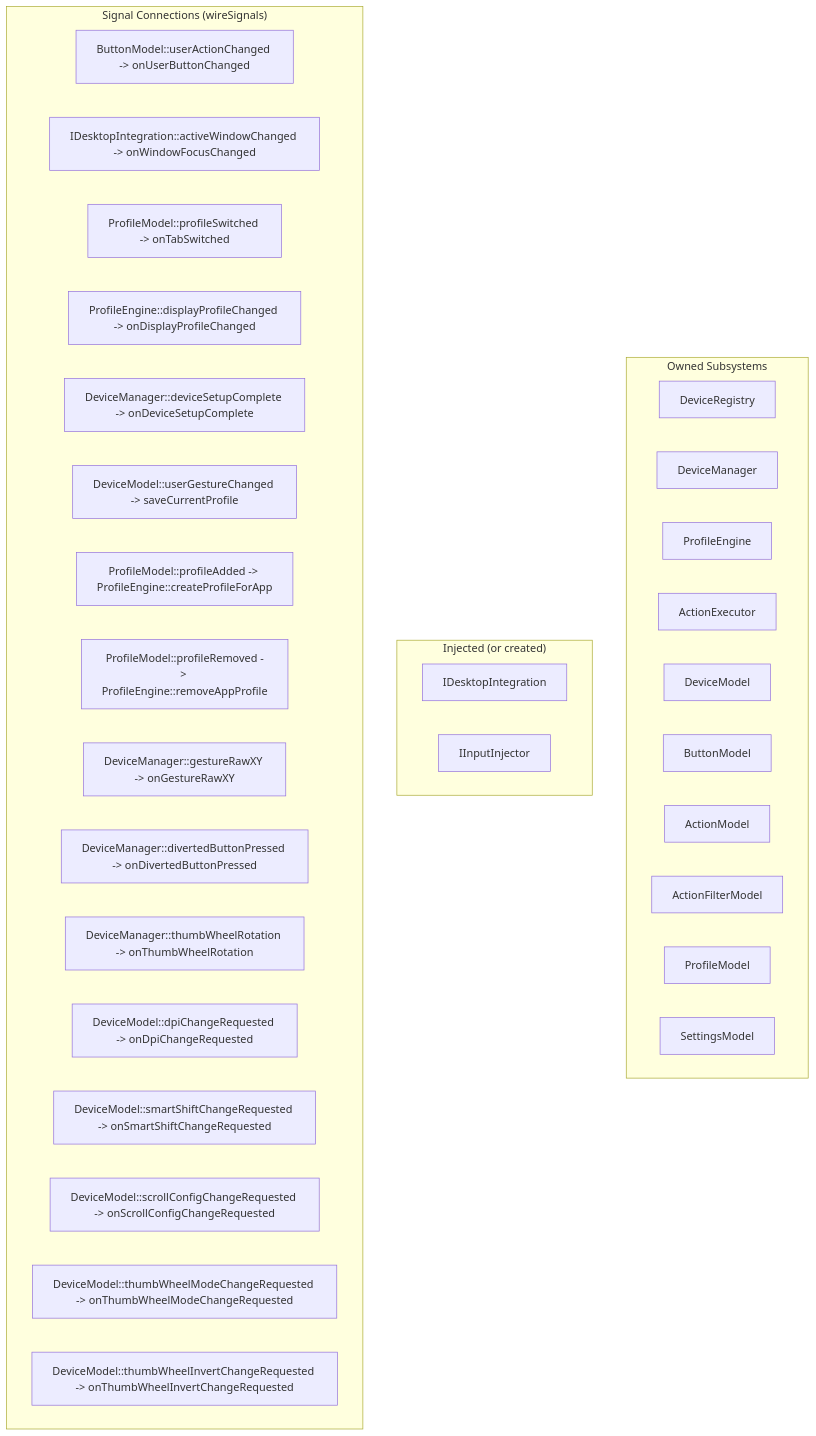
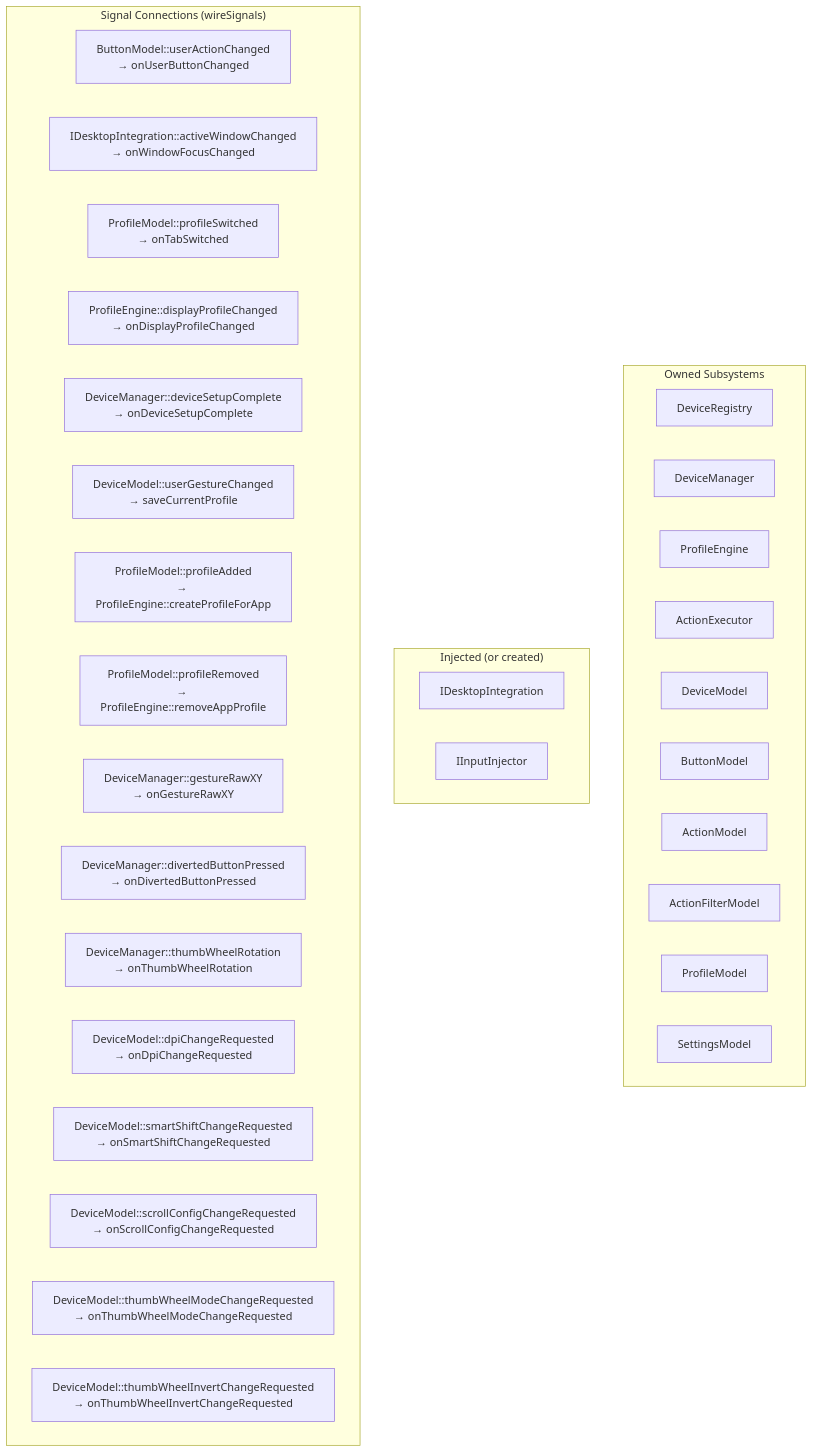
One commit to mmaher88/logitune changed diagram 16 of 16 in docs/wiki/Architecture.md. Above: the diagram before and after it, drawn with Mermaid.

Commit message:
docs(wiki): wrap long signal labels in AppController wiring diagram

````diff
--- a/docs/wiki/Architecture.md
+++ b/docs/wiki/Architecture.md
@@ -781,39 +781,39 @@
 ```mermaid
 graph TB
     subgraph "Owned Subsystems"
         Registry[DeviceRegistry]
         DevMgr[DeviceManager]
         PE[ProfileEngine]
         AE[ActionExecutor]
         DM[DeviceModel]
         BM[ButtonModel]
         AM[ActionModel]
         AFM[ActionFilterModel]
         PM[ProfileModel]
         SM[SettingsModel]
     end
 
     subgraph "Injected (or created)"
         Desktop[IDesktopIntegration]
         Injector[IInputInjector]
     end
 
     subgraph "Signal Connections (wireSignals)"
-        S1["ButtonModel::userActionChanged -> onUserButtonChanged"]
-        S2["IDesktopIntegration::activeWindowChanged -> onWindowFocusChanged"]
-        S3["ProfileModel::profileSwitched -> onTabSwitched"]
-        S4["ProfileEngine::displayProfileChanged -> onDisplayProfileChanged"]
-        S5["DeviceManager::deviceSetupComplete -> onDeviceSetupComplete"]
-        S6["DeviceModel::userGestureChanged -> saveCurrentProfile"]
-        S7["ProfileModel::profileAdded -> ProfileEngine::createProfileForApp"]
-        S8["ProfileModel::profileRemoved -> ProfileEngine::removeAppProfile"]
-        S9["DeviceManager::gestureRawXY -> onGestureRawXY"]
-        S10["DeviceManager::divertedButtonPressed -> onDivertedButtonPressed"]
-        S11["DeviceManager::thumbWheelRotation -> onThumbWheelRotation"]
-        S12["DeviceModel::dpiChangeRequested -> onDpiChangeRequested"]
-        S13["DeviceModel::smartShiftChangeRequested -> onSmartShiftChangeRequested"]
-        S14["DeviceModel::scrollConfigChangeRequested -> onScrollConfigChangeRequested"]
-        S15["DeviceModel::thumbWheelModeChangeRequested -> onThumbWheelModeChangeRequested"]
-        S16["DeviceModel::thumbWheelInvertChangeRequested -> onThumbWheelInvertChangeRequested"]
+        S1["ButtonModel::userActionChanged<br/>→ onUserButtonChanged"]
+        S2["IDesktopIntegration::activeWindowChanged<br/>→ onWindowFocusChanged"]
+        S3["ProfileModel::profileSwitched<br/>→ onTabSwitched"]
+        S4["ProfileEngine::displayProfileChanged<br/>→ onDisplayProfileChanged"]
+        S5["DeviceManager::deviceSetupComplete<br/>→ onDeviceSetupComplete"]
+        S6["DeviceModel::userGestureChanged<br/>→ saveCurrentProfile"]
+        S7["ProfileModel::profileAdded<br/>→ ProfileEngine::createProfileForApp"]
+        S8["ProfileModel::profileRemoved<br/>→ ProfileEngine::removeAppProfile"]
+        S9["DeviceManager::gestureRawXY<br/>→ onGestureRawXY"]
+        S10["DeviceManager::divertedButtonPressed<br/>→ onDivertedButtonPressed"]
+        S11["DeviceManager::thumbWheelRotation<br/>→ onThumbWheelRotation"]
+        S12["DeviceModel::dpiChangeRequested<br/>→ onDpiChangeRequested"]
+        S13["DeviceModel::smartShiftChangeRequested<br/>→ onSmartShiftChangeRequested"]
+        S14["DeviceModel::scrollConfigChangeRequested<br/>→ onScrollConfigChangeRequested"]
+        S15["DeviceModel::thumbWheelModeChangeRequested<br/>→ onThumbWheelModeChangeRequested"]
+        S16["DeviceModel::thumbWheelInvertChangeRequested<br/>→ onThumbWheelInvertChangeRequested"]
     end
 ```
````
